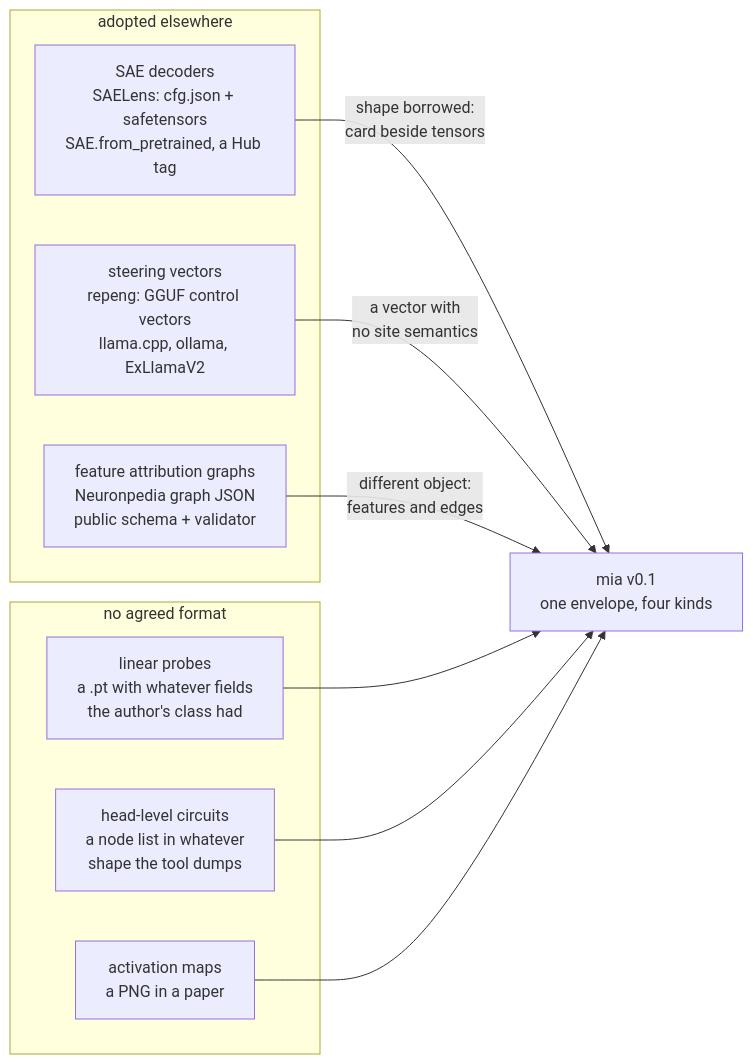
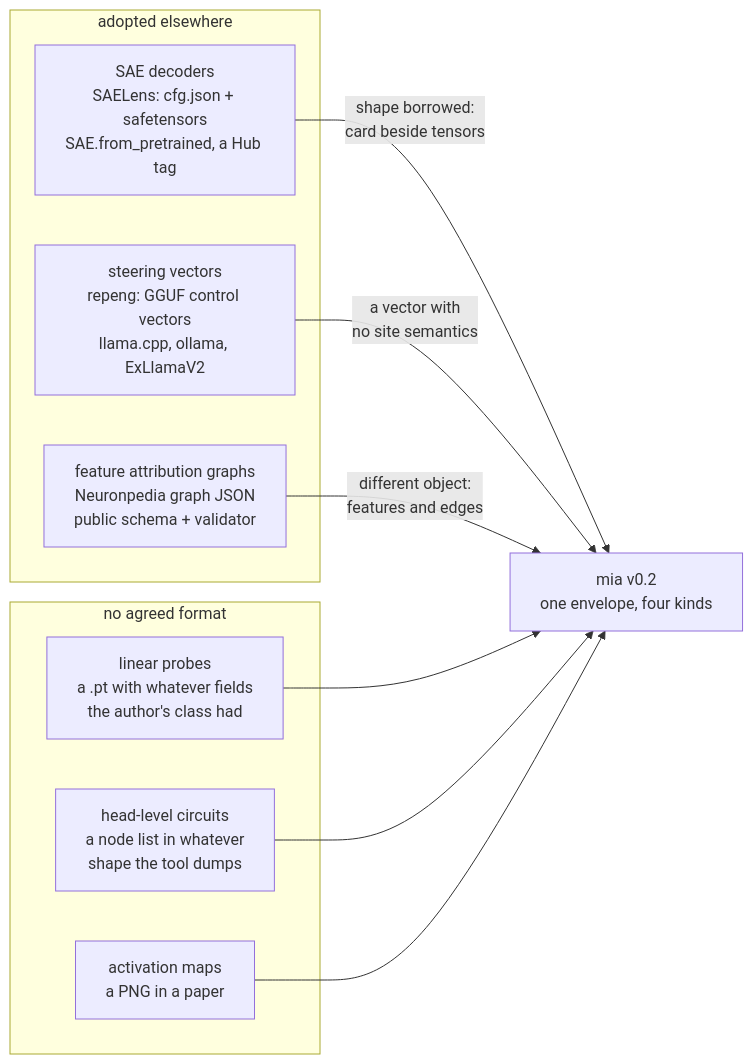
Before and after one commit to lgemc/mi-lab: the diagram in docs/sharing/landscape.md, drawn with Mermaid. The commit also changed other lines of this file and 11 other files, not shown here.

````diff
--- a/docs/sharing/landscape.md
+++ b/docs/sharing/landscape.md
@@ -7,23 +7,23 @@
 ```mermaid
 flowchart LR
     subgraph adopted["adopted elsewhere"]
         SAE["SAE decoders<br/>SAELens: cfg.json + safetensors<br/>SAE.from_pretrained, a Hub tag"]
         CV["steering vectors<br/>repeng: GGUF control vectors<br/>llama.cpp, ollama, ExLlamaV2"]
         AG["feature attribution graphs<br/>Neuronpedia graph JSON<br/>public schema + validator"]
     end
 
     subgraph none["no agreed format"]
         PR["linear probes<br/>a .pt with whatever fields<br/>the author's class had"]
         HC["head-level circuits<br/>a node list in whatever<br/>shape the tool dumps"]
         AM["activation maps<br/>a PNG in a paper"]
     end
 
-    MIA["mia v0.1<br/>one envelope, four kinds"]
+    MIA["mia v0.2<br/>one envelope, four kinds"]
 
     SAE -->|"shape borrowed:<br/>card beside tensors"| MIA
     CV -->|"a vector with<br/>no site semantics"| MIA
     AG -->|"different object:<br/>features and edges"| MIA
     PR --> MIA
     HC --> MIA
     AM --> MIA
 ```
````
